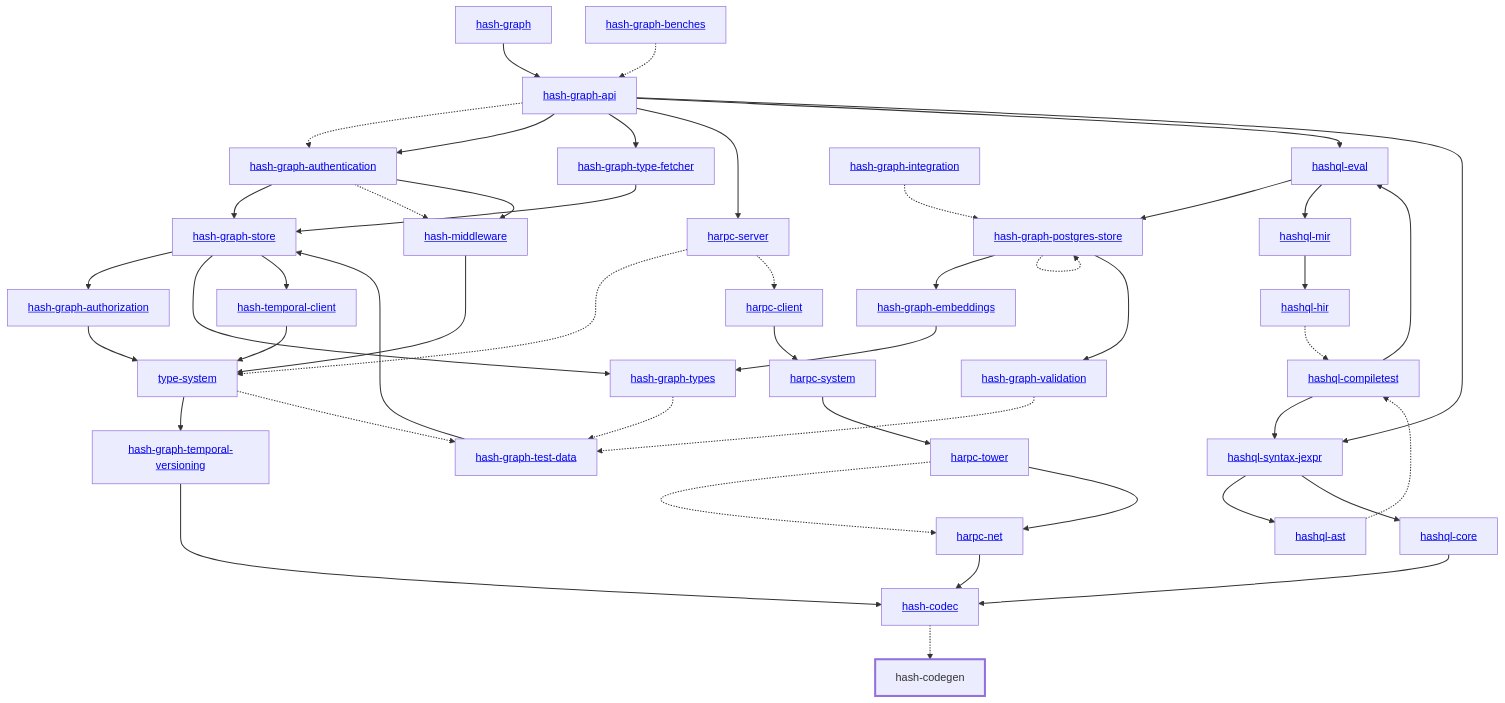
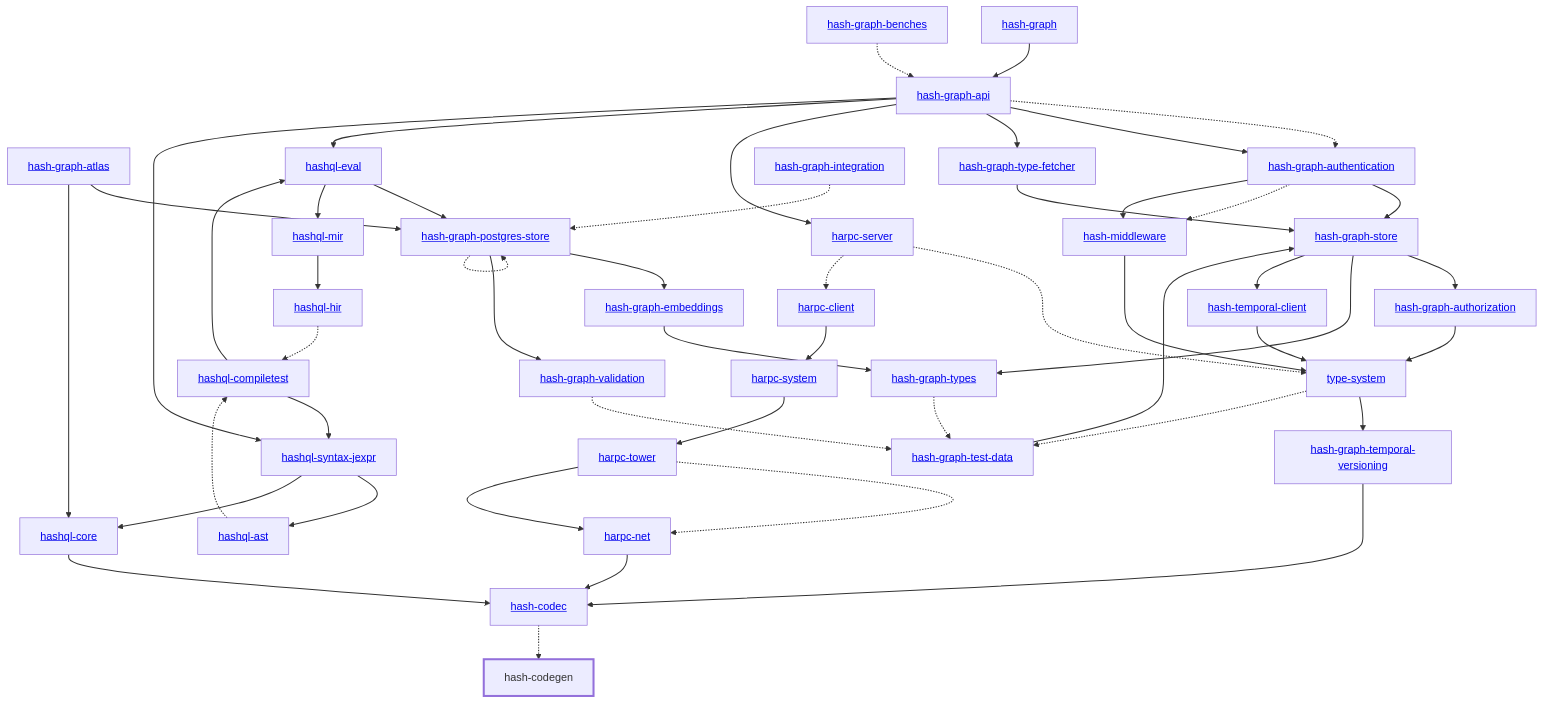
The diagram in libs/@local/codegen/docs/dependency-diagram.mmd (hashintel/hash), drawn with Mermaid before and after one commit. The commit also changed 640 other files, not shown here.

Commit message:
feat: the hash-graph-atlas crate

```diff
--- a/libs/@local/codegen/docs/dependency-diagram.mmd
+++ b/libs/@local/codegen/docs/dependency-diagram.mmd
@@ -1,89 +1,92 @@
 graph TD
     linkStyle default stroke-width:1.5px
     classDef default stroke-width:1px
     classDef root stroke-width:3px
     classDef dev stroke-width:1px
     classDef build stroke-width:1px
     %% Legend
     %% --> : Normal dependency
     %% -.-> : Dev dependency
     %% ---> : Build dependency
     0[<a href="../hash_graph/index.html">hash-graph</a>]
     1[<a href="../type_system/index.html">type-system</a>]
     2[<a href="../hash_codec/index.html">hash-codec</a>]
     3[hash-codegen]
     class 3 root
     4[<a href="../hash_graph_api/index.html">hash-graph-api</a>]
-    5[<a href="../hash_graph_authentication/index.html">hash-graph-authentication</a>]
-    6[<a href="../hash_graph_authorization/index.html">hash-graph-authorization</a>]
-    7[<a href="../hash_graph_embeddings/index.html">hash-graph-embeddings</a>]
-    8[<a href="../hash_graph_postgres_store/index.html">hash-graph-postgres-store</a>]
-    9[<a href="../hash_graph_store/index.html">hash-graph-store</a>]
-    10[<a href="../hash_graph_temporal_versioning/index.html">hash-graph-temporal-versioning</a>]
-    11[<a href="../hash_graph_type_fetcher/index.html">hash-graph-type-fetcher</a>]
-    12[<a href="../hash_graph_types/index.html">hash-graph-types</a>]
-    13[<a href="../hash_graph_validation/index.html">hash-graph-validation</a>]
-    14[<a href="../harpc_client/index.html">harpc-client</a>]
-    15[<a href="../harpc_net/index.html">harpc-net</a>]
-    16[<a href="../harpc_server/index.html">harpc-server</a>]
-    17[<a href="../harpc_system/index.html">harpc-system</a>]
-    18[<a href="../harpc_tower/index.html">harpc-tower</a>]
-    19[<a href="../hashql_ast/index.html">hashql-ast</a>]
-    20[<a href="../hashql_compiletest/index.html">hashql-compiletest</a>]
-    21[<a href="../hashql_core/index.html">hashql-core</a>]
-    22[<a href="../hashql_eval/index.html">hashql-eval</a>]
-    23[<a href="../hashql_hir/index.html">hashql-hir</a>]
-    24[<a href="../hashql_mir/index.html">hashql-mir</a>]
-    25[<a href="../hashql_syntax_jexpr/index.html">hashql-syntax-jexpr</a>]
-    26[<a href="../hash_middleware/index.html">hash-middleware</a>]
-    27[<a href="../hash_temporal_client/index.html">hash-temporal-client</a>]
-    28[<a href="../hash_graph_benches/index.html">hash-graph-benches</a>]
-    29[<a href="../hash_graph_integration/index.html">hash-graph-integration</a>]
-    30[<a href="../hash_graph_test_data/index.html">hash-graph-test-data</a>]
+    5[<a href="../hash_graph_atlas/index.html">hash-graph-atlas</a>]
+    6[<a href="../hash_graph_authentication/index.html">hash-graph-authentication</a>]
+    7[<a href="../hash_graph_authorization/index.html">hash-graph-authorization</a>]
+    8[<a href="../hash_graph_embeddings/index.html">hash-graph-embeddings</a>]
+    9[<a href="../hash_graph_postgres_store/index.html">hash-graph-postgres-store</a>]
+    10[<a href="../hash_graph_store/index.html">hash-graph-store</a>]
+    11[<a href="../hash_graph_temporal_versioning/index.html">hash-graph-temporal-versioning</a>]
+    12[<a href="../hash_graph_type_fetcher/index.html">hash-graph-type-fetcher</a>]
+    13[<a href="../hash_graph_types/index.html">hash-graph-types</a>]
+    14[<a href="../hash_graph_validation/index.html">hash-graph-validation</a>]
+    15[<a href="../harpc_client/index.html">harpc-client</a>]
+    16[<a href="../harpc_net/index.html">harpc-net</a>]
+    17[<a href="../harpc_server/index.html">harpc-server</a>]
+    18[<a href="../harpc_system/index.html">harpc-system</a>]
+    19[<a href="../harpc_tower/index.html">harpc-tower</a>]
+    20[<a href="../hashql_ast/index.html">hashql-ast</a>]
+    21[<a href="../hashql_compiletest/index.html">hashql-compiletest</a>]
+    22[<a href="../hashql_core/index.html">hashql-core</a>]
+    23[<a href="../hashql_eval/index.html">hashql-eval</a>]
+    24[<a href="../hashql_hir/index.html">hashql-hir</a>]
+    25[<a href="../hashql_mir/index.html">hashql-mir</a>]
+    26[<a href="../hashql_syntax_jexpr/index.html">hashql-syntax-jexpr</a>]
+    27[<a href="../hash_middleware/index.html">hash-middleware</a>]
+    28[<a href="../hash_temporal_client/index.html">hash-temporal-client</a>]
+    29[<a href="../hash_graph_benches/index.html">hash-graph-benches</a>]
+    30[<a href="../hash_graph_integration/index.html">hash-graph-integration</a>]
+    31[<a href="../hash_graph_test_data/index.html">hash-graph-test-data</a>]
     0 --> 4
-    1 --> 10
-    1 -.-> 30
+    1 --> 11
+    1 -.-> 31
     2 -.-> 3
-    4 -.-> 5
-    4 --> 5
-    4 --> 11
-    4 --> 16
-    4 --> 22
-    4 --> 25
+    4 -.-> 6
+    4 --> 6
+    4 --> 12
+    4 --> 17
+    4 --> 23
+    4 --> 26
     5 --> 9
-    5 -.-> 26
-    5 --> 26
-    6 --> 1
-    7 --> 12
-    8 --> 7
-    8 -.-> 8
+    5 --> 22
+    6 --> 10
+    6 -.-> 27
+    6 --> 27
+    7 --> 1
     8 --> 13
-    9 --> 6
-    9 --> 12
-    9 --> 27
-    10 --> 2
-    11 --> 9
-    12 -.-> 30
-    13 -.-> 30
-    14 --> 17
-    15 --> 2
-    16 -.-> 1
-    16 -.-> 14
-    17 --> 18
-    18 -.-> 15
-    18 --> 15
-    19 -.-> 20
-    20 --> 22
-    20 --> 25
-    21 --> 2
-    22 --> 8
-    22 --> 24
-    23 -.-> 20
-    24 --> 23
-    25 --> 19
-    25 --> 21
-    26 --> 1
+    9 --> 8
+    9 -.-> 9
+    9 --> 14
+    10 --> 7
+    10 --> 13
+    10 --> 28
+    11 --> 2
+    12 --> 10
+    13 -.-> 31
+    14 -.-> 31
+    15 --> 18
+    16 --> 2
+    17 -.-> 1
+    17 -.-> 15
+    18 --> 19
+    19 -.-> 16
+    19 --> 16
+    20 -.-> 21
+    21 --> 23
+    21 --> 26
+    22 --> 2
+    23 --> 9
+    23 --> 25
+    24 -.-> 21
+    25 --> 24
+    26 --> 20
+    26 --> 22
     27 --> 1
-    28 -.-> 4
-    29 -.-> 8
-    30 --> 9
+    28 --> 1
+    29 -.-> 4
+    30 -.-> 9
+    31 --> 10
```
